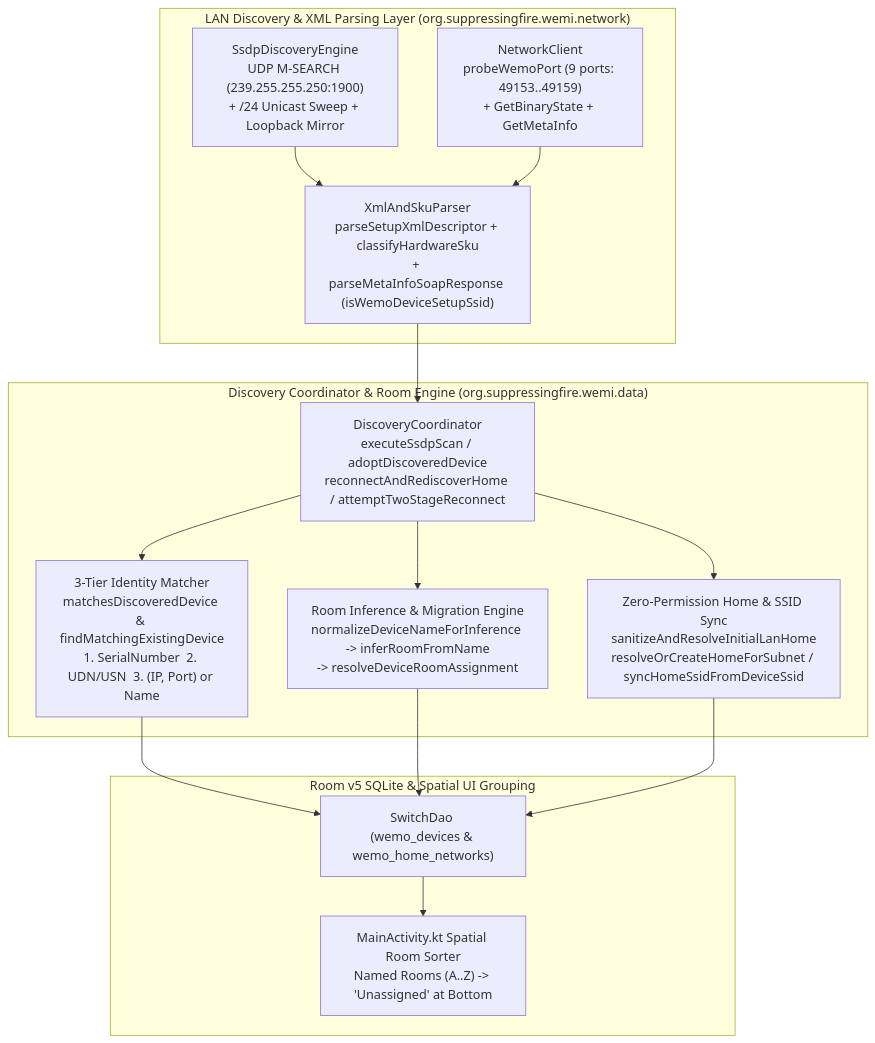
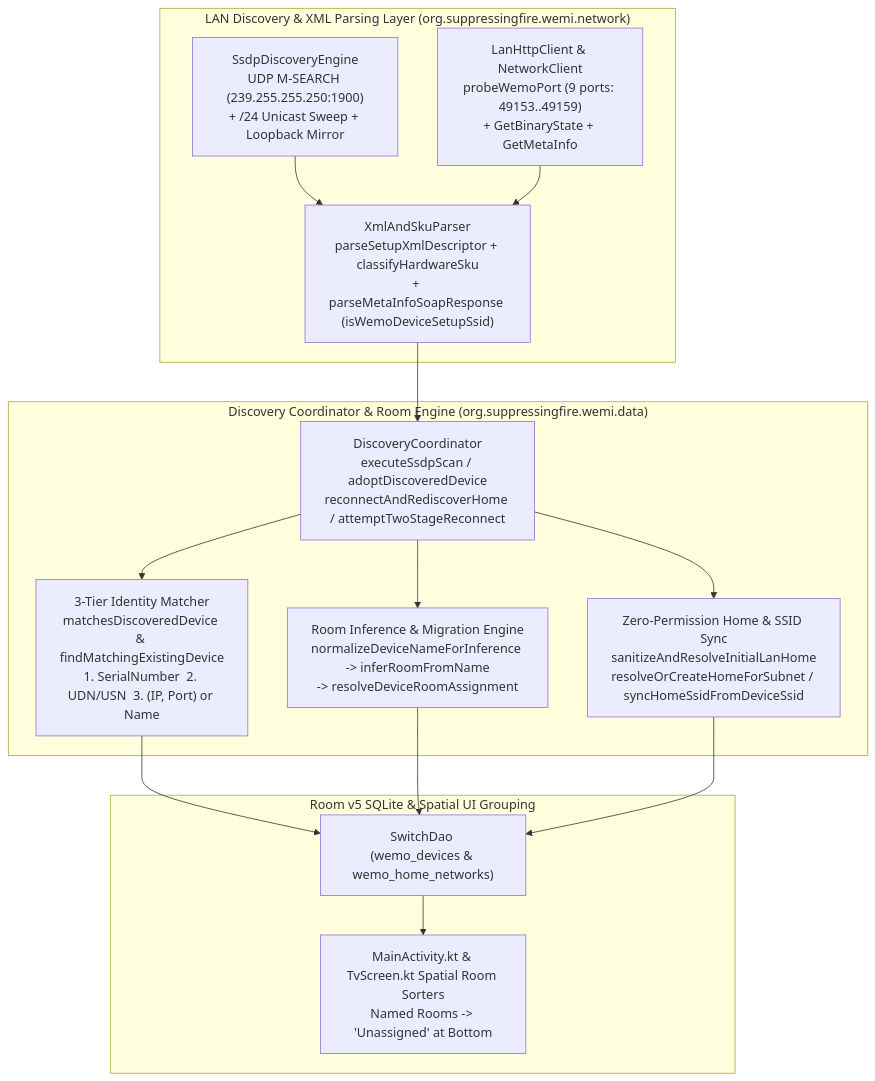
The diagram in DISCOVERY_AND_ROOM_GROUPING.md (MichaelRHead/WeMi-light-control), drawn with Mermaid before and after one commit. The commit also changed other lines of this file and 1 other file, not shown here.

First line of the commit message:
docs(discovery): align discovery spec & skill with v23.0 TV room grid [Discovery & Room Grouping Agent]

````diff
--- a/DISCOVERY_AND_ROOM_GROUPING.md
+++ b/DISCOVERY_AND_ROOM_GROUPING.md
@@ -39,31 +39,31 @@
 ```mermaid
 flowchart TD
     subgraph Network["LAN Discovery & XML Parsing Layer (org.suppressingfire.wemi.network)"]
         SSDP["SsdpDiscoveryEngine\nUDP M-SEARCH (239.255.255.250:1900)\n+ /24 Unicast Sweep + Loopback Mirror"]
         XML["XmlAndSkuParser\nparseSetupXmlDescriptor + classifyHardwareSku\n+ parseMetaInfoSoapResponse (isWemoDeviceSetupSsid)"]
-        PORT["NetworkClient\nprobeWemoPort (9 ports: 49153..49159)\n+ GetBinaryState + GetMetaInfo"]
+        PORT["LanHttpClient & NetworkClient\nprobeWemoPort (9 ports: 49153..49159)\n+ GetBinaryState + GetMetaInfo"]
     end
 
     subgraph Coordinator["Discovery Coordinator & Room Engine (org.suppressingfire.wemi.data)"]
         COORD["DiscoveryCoordinator\nexecuteSsdpScan / adoptDiscoveredDevice\nreconnectAndRediscoverHome / attemptTwoStageReconnect"]
         MATCH["3-Tier Identity Matcher\nmatchesDiscoveredDevice & findMatchingExistingDevice\n1. SerialNumber  2. UDN/USN  3. (IP, Port) or Name"]
         ROOM["Room Inference & Migration Engine\nnormalizeDeviceNameForInference -> inferRoomFromName\n-> resolveDeviceRoomAssignment"]
         HOME["Zero-Permission Home & SSID Sync\nsanitizeAndResolveInitialLanHome\nresolveOrCreateHomeForSubnet / syncHomeSsidFromDeviceSsid"]
     end
 
     subgraph StorageUI["Room v5 SQLite & Spatial UI Grouping"]
         DB["SwitchDao (wemo_devices & wemo_home_networks)"]
-        SORT["MainActivity.kt Spatial Room Sorter\nNamed Rooms (A..Z) -> 'Unassigned' at Bottom"]
+        SORT["MainActivity.kt & TvScreen.kt Spatial Room Sorters\nNamed Rooms -> 'Unassigned' at Bottom"]
     end
 
     SSDP --> XML
     PORT --> XML
     XML --> COORD
     COORD --> MATCH
     COORD --> ROOM
     COORD --> HOME
     MATCH --> DB
     ROOM --> DB
     HOME --> DB
     DB --> SORT
 ```
````
